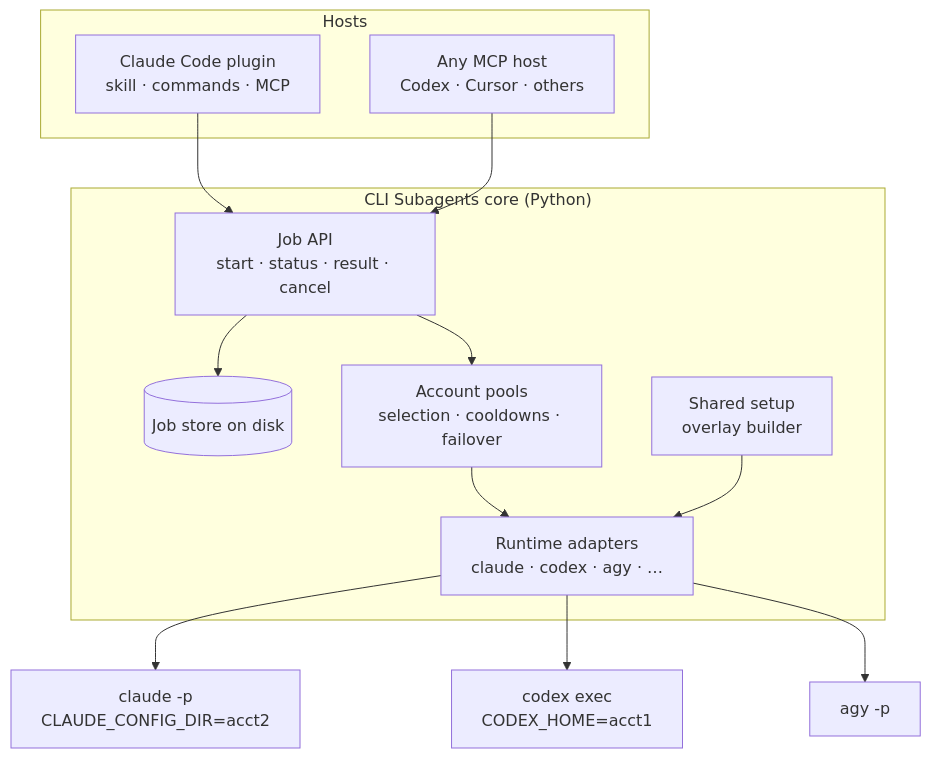
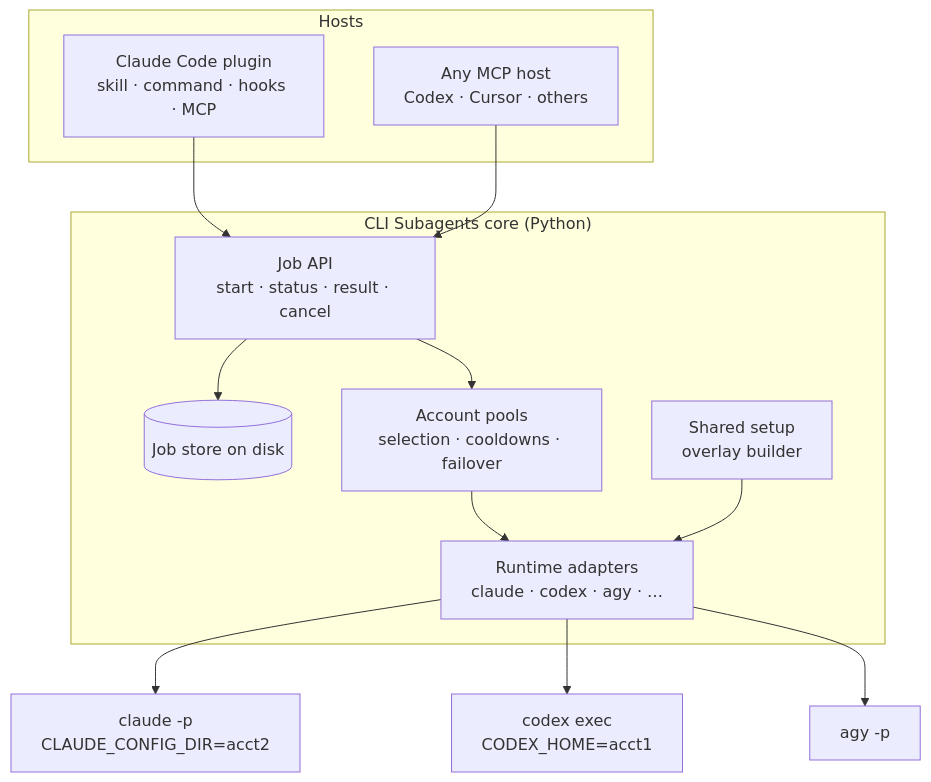
One commit to Watcharagorn/agents-router changed the diagram in docs/design.md. Above: the diagram before and after it, drawn with Mermaid. The commit also changed other lines of this file and 13 other files, not shown here.

````diff
--- a/docs/design.md
+++ b/docs/design.md
@@ -29,22 +29,22 @@
 ```mermaid
 flowchart TB
     subgraph hosts["Hosts"]
-        cc["Claude Code plugin<br/>skill · commands · MCP"]
+        cc["Claude Code plugin<br/>skill · command · hooks · MCP"]
         mcp["Any MCP host<br/>Codex · Cursor · others"]
     end
     subgraph core["CLI Subagents core (Python)"]
         api["Job API<br/>start · status · result · cancel"]
         store[("Job store on disk")]
         pool["Account pools<br/>selection · cooldowns · failover"]
         overlay["Shared setup<br/>overlay builder"]
         adapters["Runtime adapters<br/>claude · codex · agy · …"]
     end
     cc --> api
     mcp --> api
     api --> store
     api --> pool --> adapters
     overlay --> adapters
     adapters --> w1["claude -p<br/>CLAUDE_CONFIG_DIR=acct2"]
     adapters --> w2["codex exec<br/>CODEX_HOME=acct1"]
     adapters --> w3["agy -p"]
 ```
````
